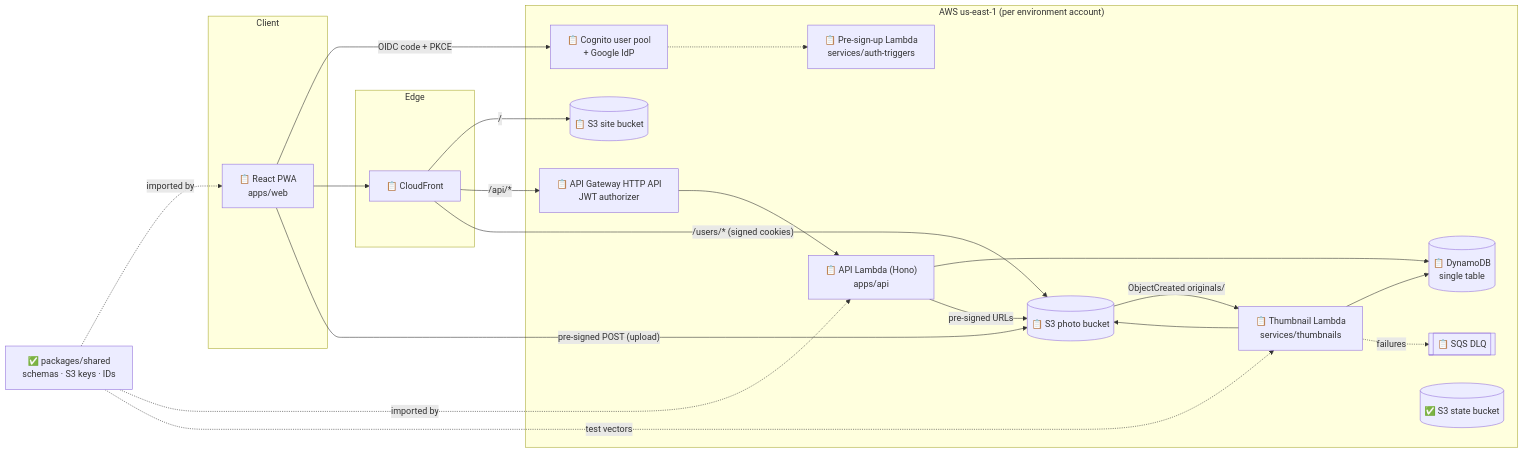
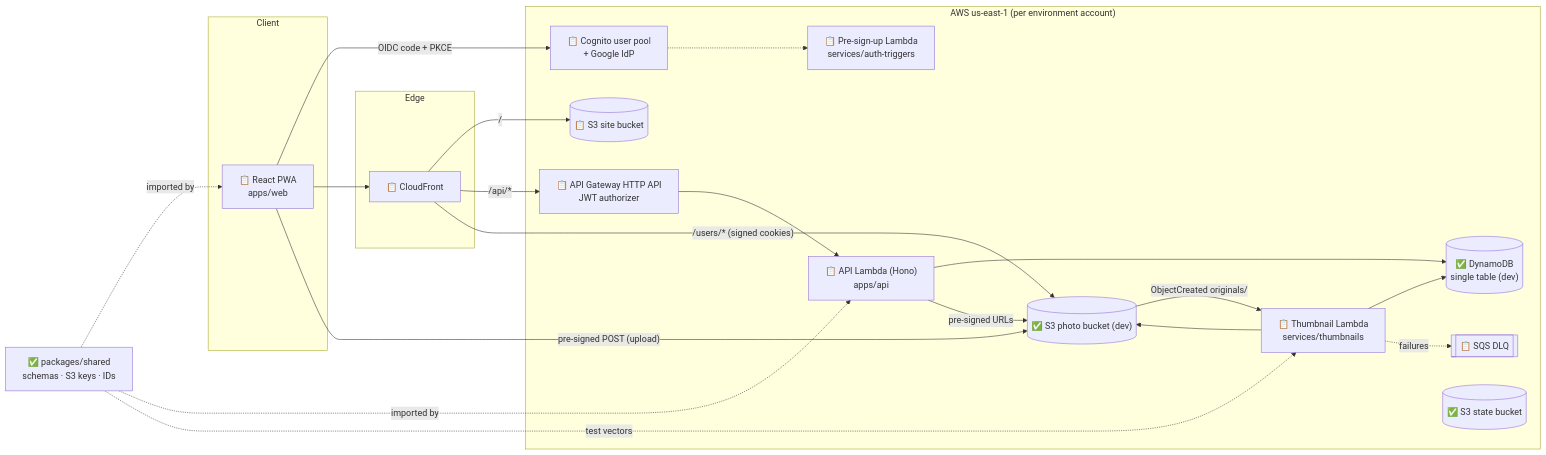
The first of 6 diagrams in ARCHITECTURE.md (EdgarA28/Photo-app), drawn with Mermaid before and after one commit. The commit also changed other lines of this file and 26 other files, not shown here.

````diff
--- a/ARCHITECTURE.md
+++ b/ARCHITECTURE.md
@@ -63,42 +64,42 @@
 ```mermaid
 flowchart LR
   subgraph Client
     PWA["📋 React PWA<br/>apps/web"]
   end
 
   subgraph Edge
     CF["📋 CloudFront"]
   end
 
   subgraph AWS["AWS us-east-1 (per environment account)"]
     COG["📋 Cognito user pool<br/>+ Google IdP"]
     TRIG["📋 Pre-sign-up Lambda<br/>services/auth-triggers"]
     APIGW["📋 API Gateway HTTP API<br/>JWT authorizer"]
     API["📋 API Lambda (Hono)<br/>apps/api"]
-    DDB[("📋 DynamoDB<br/>single table")]
+    DDB[("✅ DynamoDB<br/>single table (dev)")]
     WEB[("📋 S3 site bucket")]
-    S3[("📋 S3 photo bucket")]
+    S3[("✅ S3 photo bucket (dev)")]
     THUMB["📋 Thumbnail Lambda<br/>services/thumbnails"]
     DLQ[["📋 SQS DLQ"]]
     STATE[("✅ S3 state bucket")]
   end
 
   SHARED["✅ packages/shared<br/>schemas · S3 keys · IDs"]
 
   PWA -- "OIDC code + PKCE" --> COG
   COG -.-> TRIG
   PWA --> CF
   CF -- "/" --> WEB
   CF -- "/api/*" --> APIGW --> API
   CF -- "/users/* (signed cookies)" --> S3
   API --> DDB
   API -- "pre-signed URLs" --> S3
   PWA -- "pre-signed POST (upload)" --> S3
   S3 -- "ObjectCreated originals/" --> THUMB
   THUMB --> S3
   THUMB --> DDB
   THUMB -. "failures" .-> DLQ
   SHARED -. "imported by" .-> PWA
   SHARED -. "imported by" .-> API
   SHARED -. "test vectors" .-> THUMB
 ```
````
